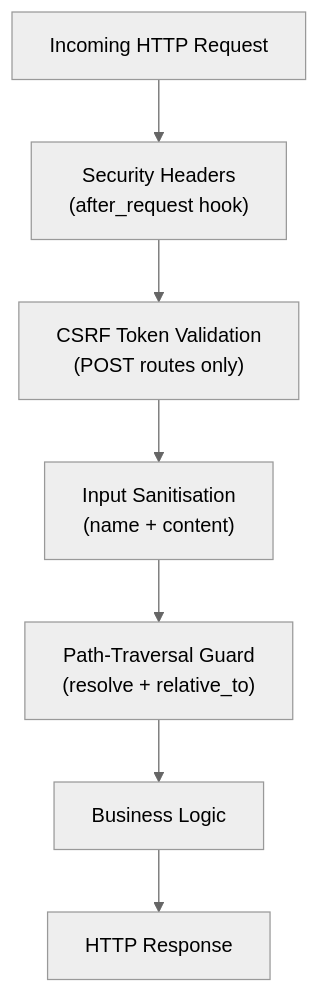
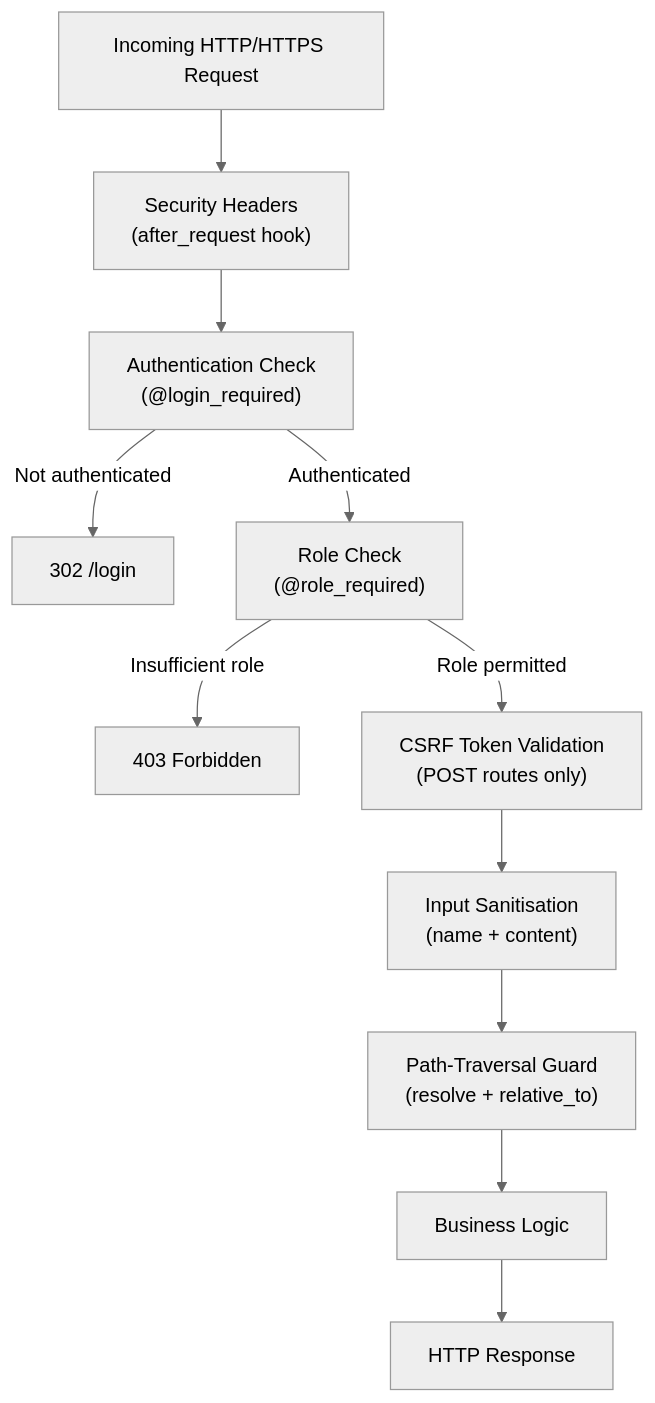
Before and after one commit to DXCSithlordPadawan/BMAD6: the fourth of 4 diagrams in docs/architecture.md, drawn with Mermaid (neutral theme). The commit also changed other lines of this file and 8 other files, not shown here.

Commit message:
Update docs, improve default password warnings, and clarify role_required docstring

````diff
--- a/docs/architecture.md
+++ b/docs/architecture.md
@@ -87,9 +98,13 @@
 ```mermaid
 flowchart TD
-    Request["Incoming HTTP Request"] --> Headers["Security Headers\n(after_request hook)"]
-    Headers --> CSRF["CSRF Token Validation\n(POST routes only)"]
+    Request["Incoming HTTP/HTTPS Request"] --> Headers["Security Headers\n(after_request hook)"]
+    Headers --> Auth["Authentication Check\n(@login_required)"]
+    Auth -->|Not authenticated| LoginRedirect["302 /login"]
+    Auth -->|Authenticated| RBAC["Role Check\n(@role_required)"]
+    RBAC -->|Insufficient role| Forbidden["403 Forbidden"]
+    RBAC -->|Role permitted| CSRF["CSRF Token Validation\n(POST routes only)"]
     CSRF --> Input["Input Sanitisation\n(name + content)"]
     Input --> PathGuard["Path-Traversal Guard\n(resolve + relative_to)"]
     PathGuard --> Logic["Business Logic"]
     Logic --> Response["HTTP Response"]
 ```
````
